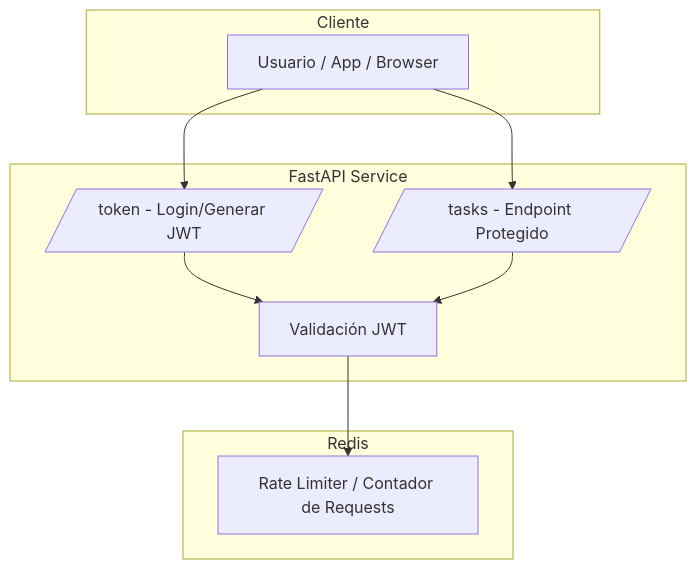
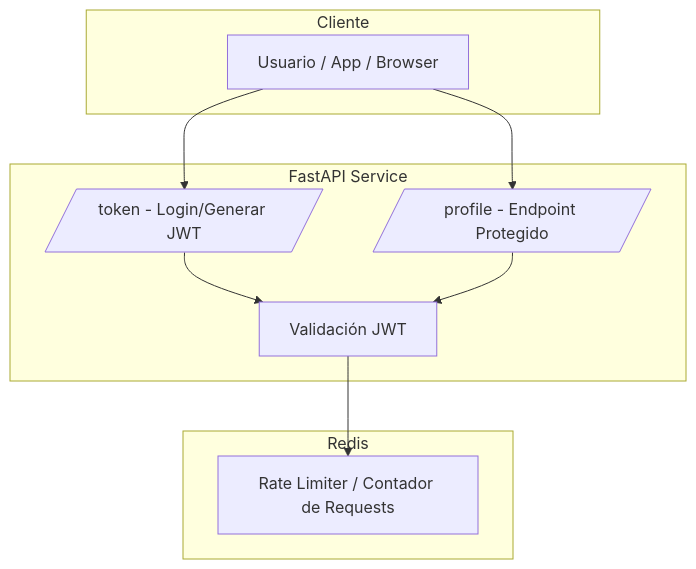
The diagram in 0/0.6/0.6.2/0.6.2.md (ulima-arqsoft/arqui252-grupo7), drawn with Mermaid before and after one commit. The commit also changed 4 other files, not shown here.

````diff
--- a/0/0.6/0.6.2/0.6.2.md
+++ b/0/0.6/0.6.2/0.6.2.md
@@ -76,22 +76,22 @@
 ```mermaid
 flowchart TB
     subgraph Cliente
         A[Usuario / App / Browser]
     end
 
     subgraph API [FastAPI Service]
         B[/token - Login/Generar JWT/]
-        C[/tasks - Endpoint Protegido/]
+        C[/profile - Endpoint Protegido/]
         D[Validación JWT]
     end
 
     subgraph RedisService [Redis]
         E[Rate Limiter / Contador de Requests]
     end
 
     A --> B
     B --> D
     A --> C
     C --> D
     D --> E
 ```
````
